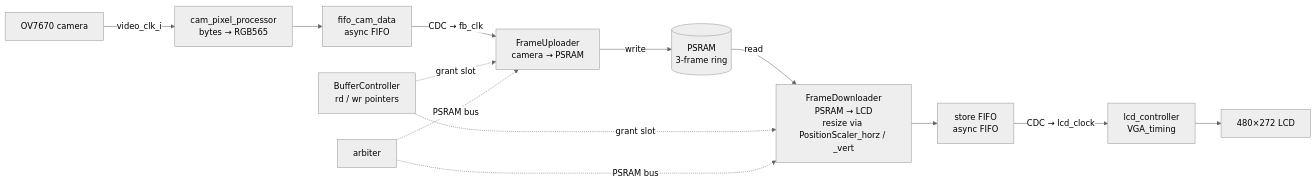
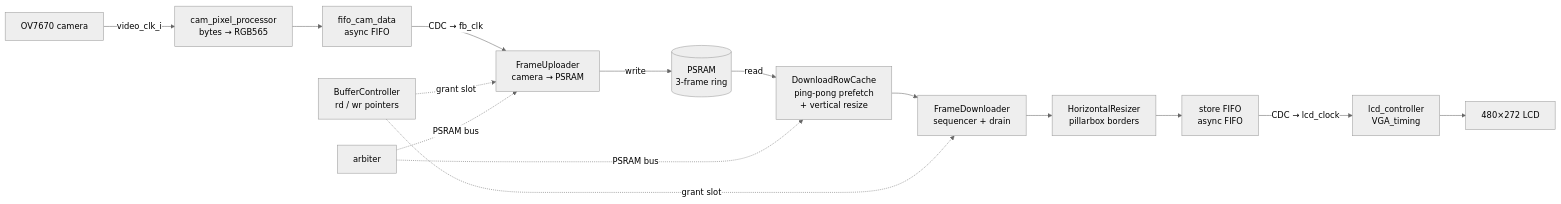
The second of 3 diagrams in doc/architecture.md (phoenix367/tang_nano_9K_ov7670), drawn with Mermaid (neutral theme) before and after one commit. The commit also changed other lines of this file and 29 other files, not shown here.

````diff
--- a/doc/architecture.md
+++ b/doc/architecture.md
@@ -56,22 +56,24 @@
 ```mermaid
 flowchart LR
     OV["OV7670 camera"]
     CPP["cam_pixel_processor<br/>bytes → RGB565"]
     CFIFO["fifo_cam_data<br/>async FIFO"]
     FU["FrameUploader<br/>camera → PSRAM"]
     PSRAM[("PSRAM<br/>3-frame ring")]
-    FD["FrameDownloader<br/>PSRAM → LCD<br/>resize via PositionScaler_horz / _vert"]
+    DRC["DownloadRowCache<br/>ping-pong prefetch<br/>+ vertical resize"]
+    FD["FrameDownloader<br/>sequencer + drain"]
+    HR["HorizontalResizer<br/>pillarbox borders"]
     SFIFO["store FIFO<br/>async FIFO"]
     LCDC["lcd_controller<br/>VGA_timing"]
     LCD["480×272 LCD"]
 
     OV -->|"video_clk_i"| CPP --> CFIFO
     CFIFO -->|"CDC → fb_clk"| FU -->|"write"| PSRAM
-    PSRAM -->|"read"| FD --> SFIFO
+    PSRAM -->|"read"| DRC --> FD --> HR --> SFIFO
     SFIFO -->|"CDC → lcd_clock"| LCDC --> LCD
 
     BC["BufferController<br/>rd / wr pointers"] -.->|"grant slot"| FU
     BC -.->|"grant slot"| FD
     ARB["arbiter"] -.->|"PSRAM bus"| FU
-    ARB -.->|"PSRAM bus"| FD
+    ARB -.->|"PSRAM bus"| DRC
 ```
````
